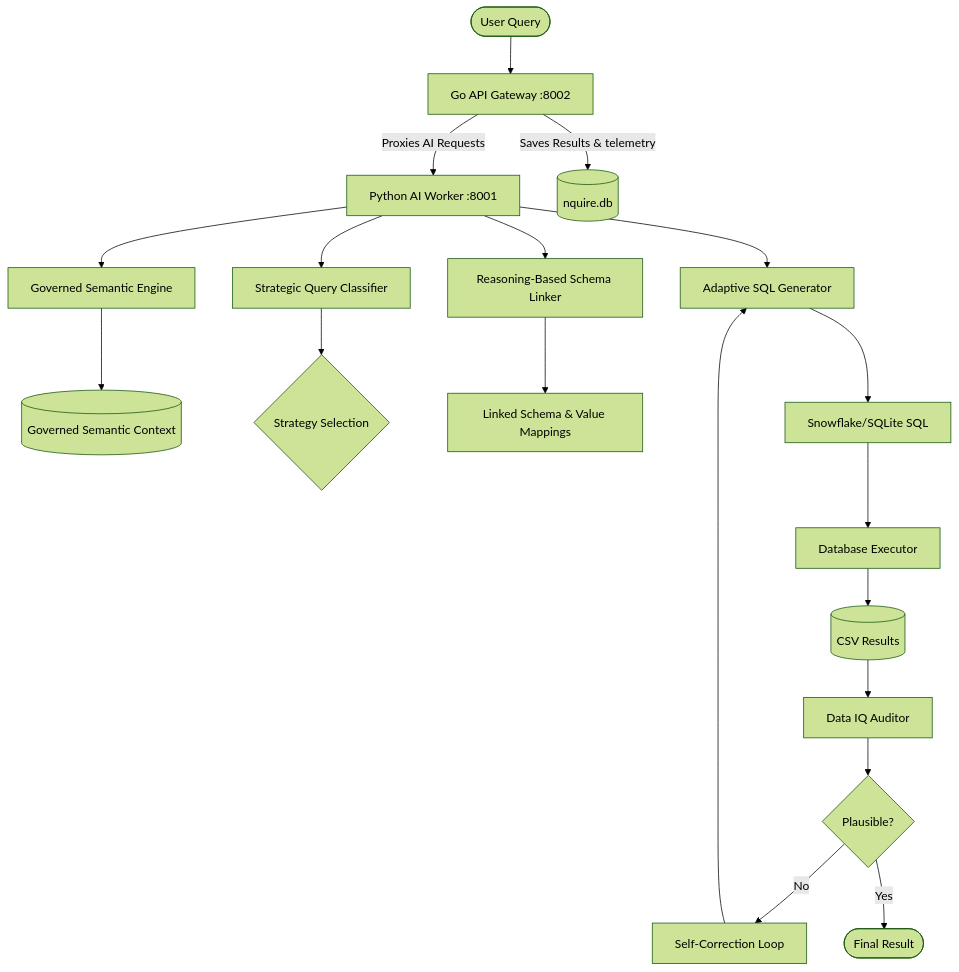
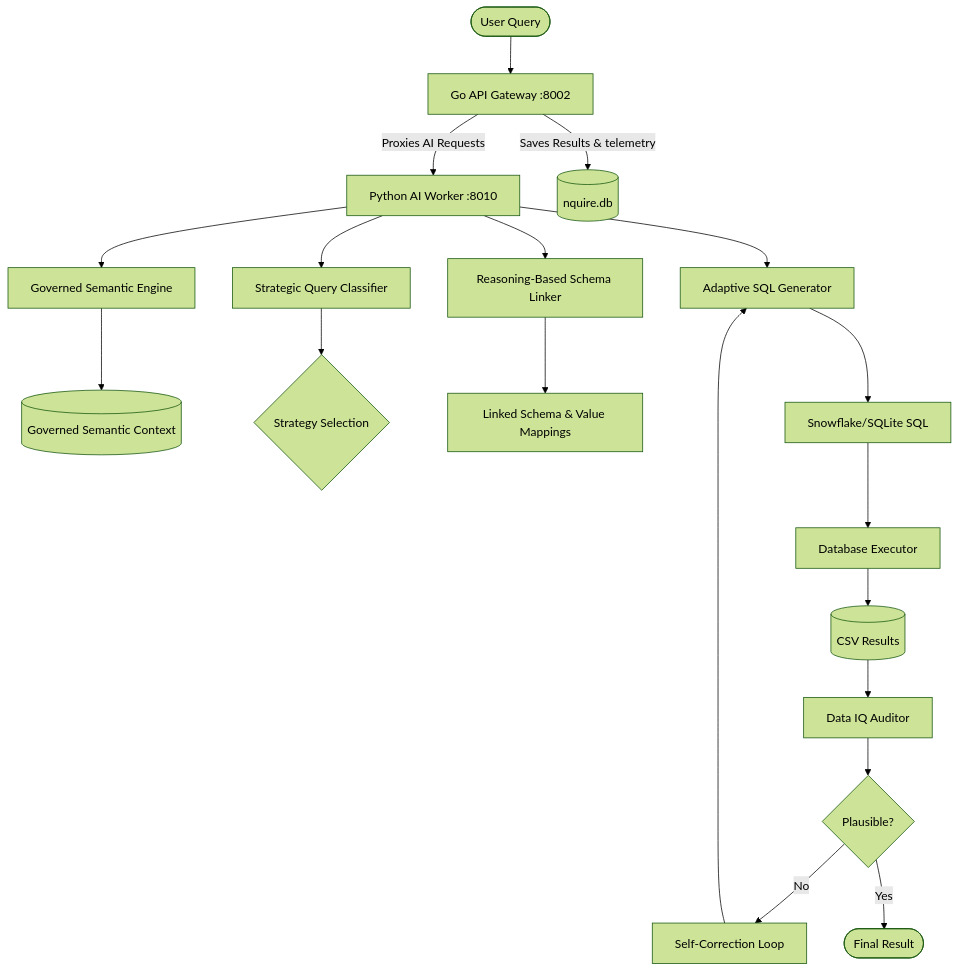
Before and after one commit to vikasvijigiri/TT_SQL: the diagram in README.md, drawn with Mermaid (forest theme). The commit also changed other lines of this file and 23 other files, not shown here.

````diff
--- a/README.md
+++ b/README.md
@@ -32,29 +32,29 @@
 ```mermaid
 graph TD
     User([User Query]) --> Gateway[Go API Gateway :8002]
-    Gateway -->|Proxies AI Requests| PythonWorker[Python AI Worker :8001]
+    Gateway -->|Proxies AI Requests| PythonWorker[Python AI Worker :8010]
     
     PythonWorker --> GovernedEngine[Governed Semantic Engine]
     GovernedEngine --> Context[(Governed Semantic Context)]
     
     PythonWorker --> Classifier[Strategic Query Classifier]
     Classifier --> Strategy{Strategy Selection}
     
     PythonWorker --> Linker[Reasoning-Based Schema Linker]
     Linker --> LinkedSchema[Linked Schema & Value Mappings]
     
     PythonWorker --> Generator[Adaptive SQL Generator]
     Generator --> SQL[Snowflake/SQLite SQL]
     
     SQL --> Executor[Database Executor]
     Executor --> Results[(CSV Results)]
     
     Results --> Validator[Data IQ Auditor]
     Validator --> Feedback{Plausible?}
     
     Feedback -- No --> Corrector[Self-Correction Loop]
     Corrector --> Generator
     
     Feedback -- Yes --> Done([Final Result])
     Gateway -->|Saves Results & telemetry| SQLiteDB[(nquire.db)]
 ```
````
